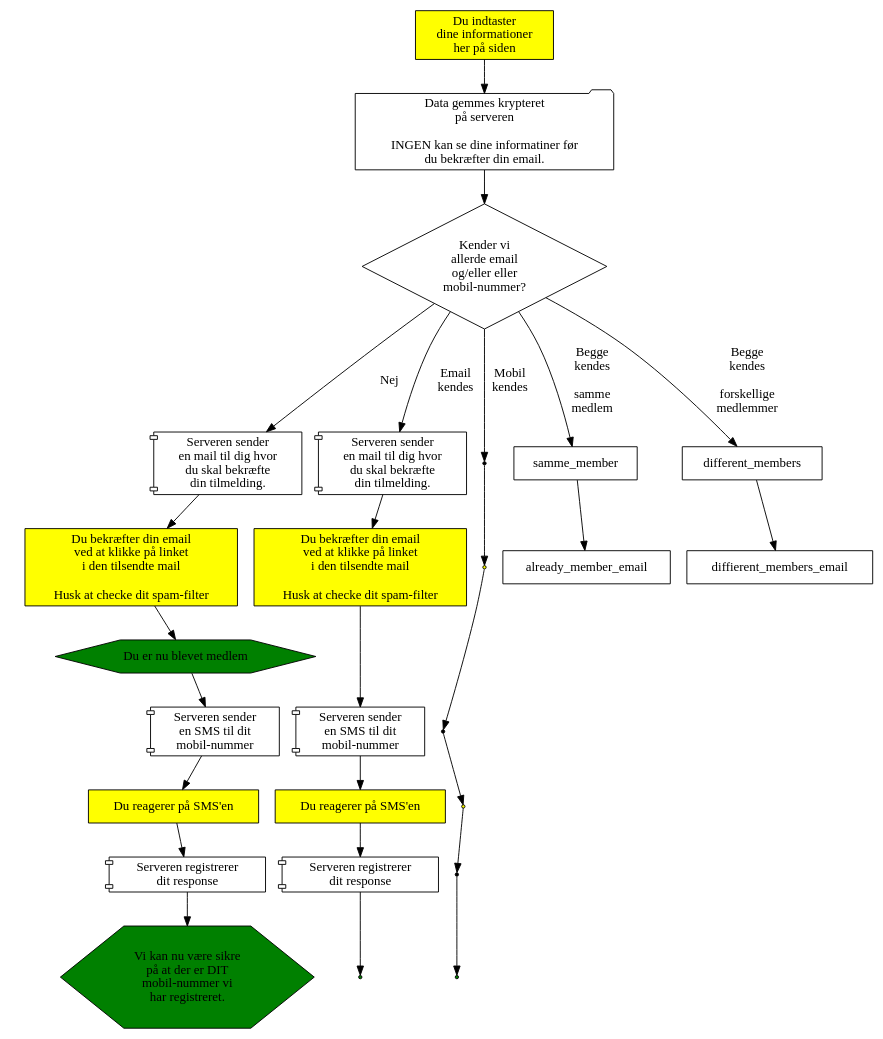
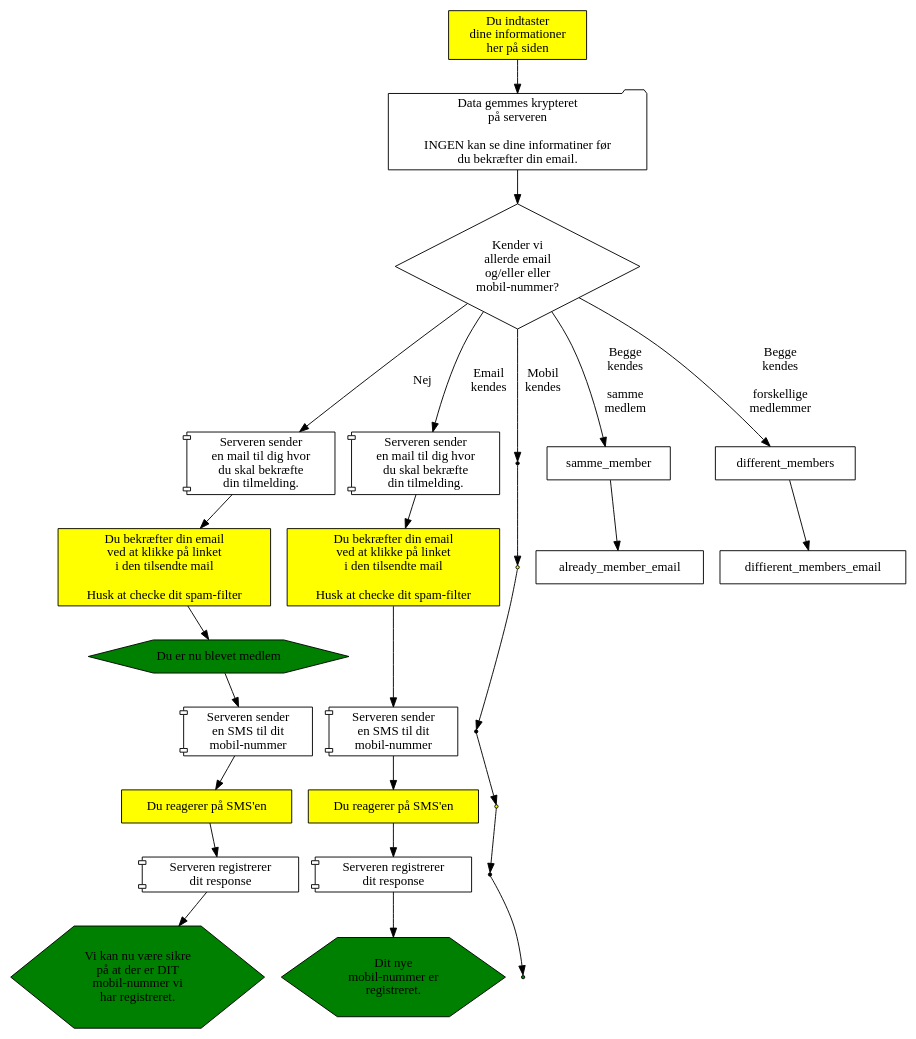
The diagram in medlemskab/indmeldelse.dot (alslug/alslug.dk), drawn with Graphviz before and after one commit.

```diff
--- a/medlemskab/indmeldelse.dot
+++ b/medlemskab/indmeldelse.dot
@@ -1,72 +1,72 @@
 digraph indmeldelse {
   { # Dine handlinger
     node [ shape=box style=filled fillcolor=yellow ];
     indtast                [label="Du indtaster\ndine informationer\nher på siden"];
     subgraph cluster_server_sender_email {
       style=invis;
       node                 [label="Du bekræfter din email\nved at klikke på linket\ni den tilsendte mail\n\nHusk at checke dit spam-filter"];
       confirm_email_nyt_medlem;
       confirm_email_email_known;
       confirm_email_mobil_known [shape=point];
     }
     subgraph cluster_server_sender_sms {
       style=invis;
       node                 [label="Du reagerer på SMS'en"];
       confirm_sms_nyt_medlem;
       confirm_sms_email_known;
       confirm_sms_mobil_known [shape=point];
     }
   }
   send_tilmelding        [shape=folder label="Data gemmes krypteret \n på serveren \n \n INGEN kan se dine informatiner før \n du bekræfter din email."];
   { # Server-aktiviteter
     node [shape=component];
     subgraph cluster_server_sender_email {
       style=invis;
       node                 [label="Serveren sender \n en mail til dig hvor \n du skal bekræfte \n din tilmelding."];
       server_sender_emai_nyt_medlem;
       server_sender_email_email_known;
       server_sender_email_mobil_known [shape=point];
     }
     subgraph cluster_server_sender_sms {
       style=invis;
       node                 [label="Serveren sender \n en SMS til dit \n mobil-nummer"];
       server_sender_sms_nyt_medlem;
       server_sender_sms_email_known;
       server_sender_sms_mobil_known [shape=point];
     }
     subgraph cluster_sms_confirmed {
       style=invis;
       node                 [label="Serveren registrerer \n dit response"];
       sms_confirmed_nyt_medlem;
       sms_confirmed_email_known;
       sms_confirmed_mobil_known [shape=point];
     }
   }
   { # Results
     node [shape=hexagon   style=filled fillcolor=green ];
     du_biver_medlem        [label="Du er nu blevet medlem"];
     mobile_ok              [label="Vi kan nu være sikre \n på at der er DIT \n mobil-nummer vi \n har registreret."]; 
     email_added            [label="Den nye \n ekstra email er \n registreret." shape=point];
-    mobil_added            [label="Dit nye \n mobil-nummer er \n registreret." shape=point]; 
+    mobil_added            [label="Dit nye \n mobil-nummer er \n registreret."]; 
   }
   { # Valg
     node [shape=diamond];
     findes_allerede        [label="Kender vi \n allerde email \n og/eller eller \n mobil-nummer?"];
   }
 
   node [shape=invis];
   indtast -> send_tilmelding -> findes_allerede;
                                 findes_allerede -> server_sender_emai_nyt_medlem   [label="Nej"];
                                                    server_sender_emai_nyt_medlem -> confirm_email_nyt_medlem -> du_biver_medlem ->
                                                    server_sender_sms_nyt_medlem  -> confirm_sms_nyt_medlem   -> sms_confirmed_nyt_medlem -> mobile_ok;
                                 findes_allerede -> server_sender_email_email_known [label="Email \n kendes"];
                                                    server_sender_email_email_known -> confirm_email_email_known  ->
                                                    server_sender_sms_email_known   -> confirm_sms_email_known    -> sms_confirmed_email_known -> mobil_added;
                                 findes_allerede -> server_sender_email_mobil_known [label="Mobil \n kendes"];
                                                    server_sender_email_mobil_known -> confirm_email_mobil_known  ->
                                                    server_sender_sms_mobil_known   -> confirm_sms_mobil_known    -> sms_confirmed_mobil_known -> email_added;
                                 findes_allerede-> samme_member                     [label="Begge \n kendes \n\n samme \n medlem"];
                                                   samme_member      -> already_member_email;
                                 findes_allerede-> different_members                [label="Begge \n kendes \n\n forskellige \n medlemmer"];
                                                   different_members -> diffierent_members_email;
 }
```
